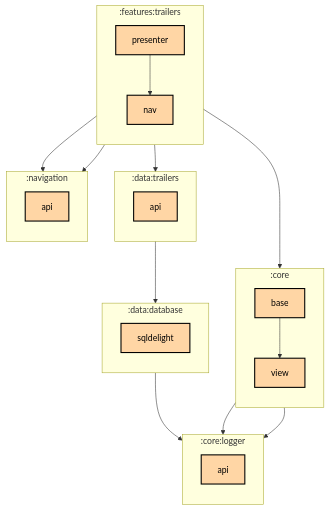
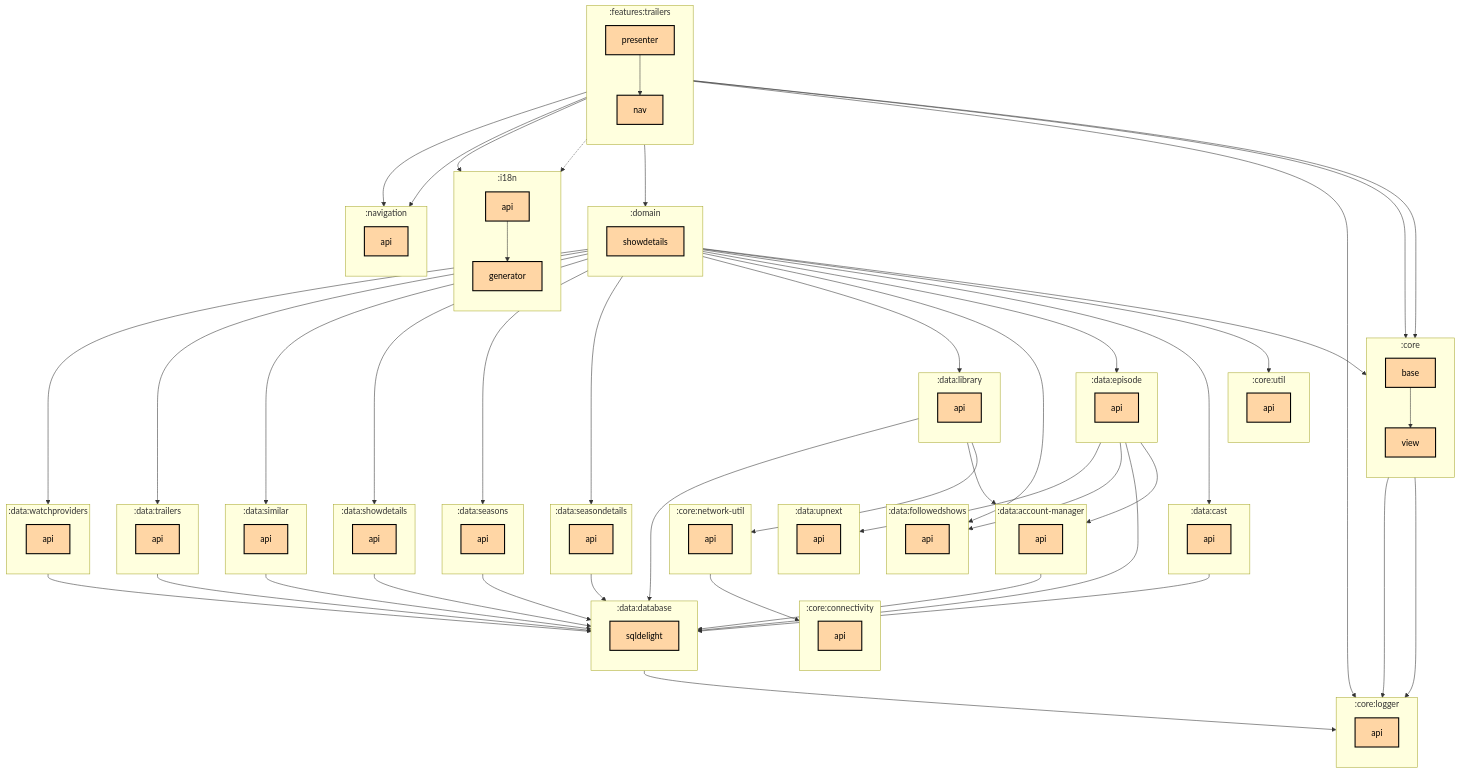
The first of 2 diagrams in features/trailers/presenter/README.md (thomaskioko/tv-maniac), drawn with Mermaid before and after one commit. The commit also changed 8 other files, not shown here.

Commit message:
Load trailers through interactors in the trailers presenter

```diff
--- a/features/trailers/presenter/README.md
+++ b/features/trailers/presenter/README.md
@@ -10,22 +10,87 @@
     :core:base[base]:::multiplatform
     :core:view[view]:::multiplatform
   end
+  subgraph :core:connectivity
+    direction TB
+    :core:connectivity:api[api]:::multiplatform
+  end
   subgraph :core:logger
     direction TB
     :core:logger:api[api]:::multiplatform
+  end
+  subgraph :core:network-util
+    direction TB
+    :core:network-util:api[api]:::multiplatform
+  end
+  subgraph :core:util
+    direction TB
+    :core:util:api[api]:::multiplatform
+  end
+  subgraph :data:account-manager
+    direction TB
+    :data:account-manager:api[api]:::multiplatform
+  end
+  subgraph :data:cast
+    direction TB
+    :data:cast:api[api]:::multiplatform
   end
   subgraph :data:database
     direction TB
     :data:database:sqldelight[sqldelight]:::multiplatform
   end
+  subgraph :data:episode
+    direction TB
+    :data:episode:api[api]:::multiplatform
+  end
+  subgraph :data:followedshows
+    direction TB
+    :data:followedshows:api[api]:::multiplatform
+  end
+  subgraph :data:library
+    direction TB
+    :data:library:api[api]:::multiplatform
+  end
+  subgraph :data:seasondetails
+    direction TB
+    :data:seasondetails:api[api]:::multiplatform
+  end
+  subgraph :data:seasons
+    direction TB
+    :data:seasons:api[api]:::multiplatform
+  end
+  subgraph :data:showdetails
+    direction TB
+    :data:showdetails:api[api]:::multiplatform
+  end
+  subgraph :data:similar
+    direction TB
+    :data:similar:api[api]:::multiplatform
+  end
   subgraph :data:trailers
     direction TB
     :data:trailers:api[api]:::multiplatform
+  end
+  subgraph :data:upnext
+    direction TB
+    :data:upnext:api[api]:::multiplatform
+  end
+  subgraph :data:watchproviders
+    direction TB
+    :data:watchproviders:api[api]:::multiplatform
+  end
+  subgraph :domain
+    direction TB
+    :domain:showdetails[showdetails]:::multiplatform
   end
   subgraph :features:trailers
     direction TB
     :features:trailers:nav[nav]:::multiplatform
     :features:trailers:presenter[presenter]:::multiplatform
+  end
+  subgraph :i18n
+    direction TB
+    :i18n:api[api]:::multiplatform
+    :i18n:generator[generator]:::multiplatform
   end
   subgraph :navigation
     direction TB
@@ -34,14 +99,46 @@
 
   :core:base --> :core:logger:api
   :core:base --> :core:view
+  :core:network-util:api --> :core:connectivity:api
   :core:view --> :core:logger:api
+  :data:account-manager:api --> :data:database:sqldelight
+  :data:cast:api --> :data:database:sqldelight
   :data:database:sqldelight --> :core:logger:api
+  :data:episode:api --> :data:account-manager:api
+  :data:episode:api --> :data:database:sqldelight
+  :data:episode:api --> :data:followedshows:api
+  :data:episode:api --> :data:upnext:api
+  :data:library:api --> :core:network-util:api
+  :data:library:api --> :data:account-manager:api
+  :data:library:api --> :data:database:sqldelight
+  :data:seasondetails:api --> :data:database:sqldelight
+  :data:seasons:api --> :data:database:sqldelight
+  :data:showdetails:api --> :data:database:sqldelight
+  :data:similar:api --> :data:database:sqldelight
   :data:trailers:api --> :data:database:sqldelight
+  :data:watchproviders:api --> :data:database:sqldelight
+  :domain:showdetails --> :core:base
+  :domain:showdetails --> :core:util:api
+  :domain:showdetails --> :data:cast:api
+  :domain:showdetails --> :data:episode:api
+  :domain:showdetails --> :data:followedshows:api
+  :domain:showdetails --> :data:library:api
+  :domain:showdetails --> :data:seasondetails:api
+  :domain:showdetails --> :data:seasons:api
+  :domain:showdetails --> :data:showdetails:api
+  :domain:showdetails --> :data:similar:api
+  :domain:showdetails --> :data:trailers:api
+  :domain:showdetails --> :data:watchproviders:api
   :features:trailers:nav --> :navigation:api
   :features:trailers:presenter --> :core:base
-  :features:trailers:presenter --> :data:trailers:api
+  :features:trailers:presenter --> :core:logger:api
+  :features:trailers:presenter --> :core:view
+  :features:trailers:presenter --> :domain:showdetails
   :features:trailers:presenter --> :features:trailers:nav
+  :features:trailers:presenter --> :i18n:api
+  :features:trailers:presenter -.-> :i18n:generator
   :features:trailers:presenter --> :navigation:api
+  :i18n:api --> :i18n:generator
 
 classDef application fill:#CAFFBF,stroke:#000,stroke-width:2px,color:#000;
 classDef multiplatform fill:#FFD6A5,stroke:#000,stroke-width:2px,color:#000;
```
